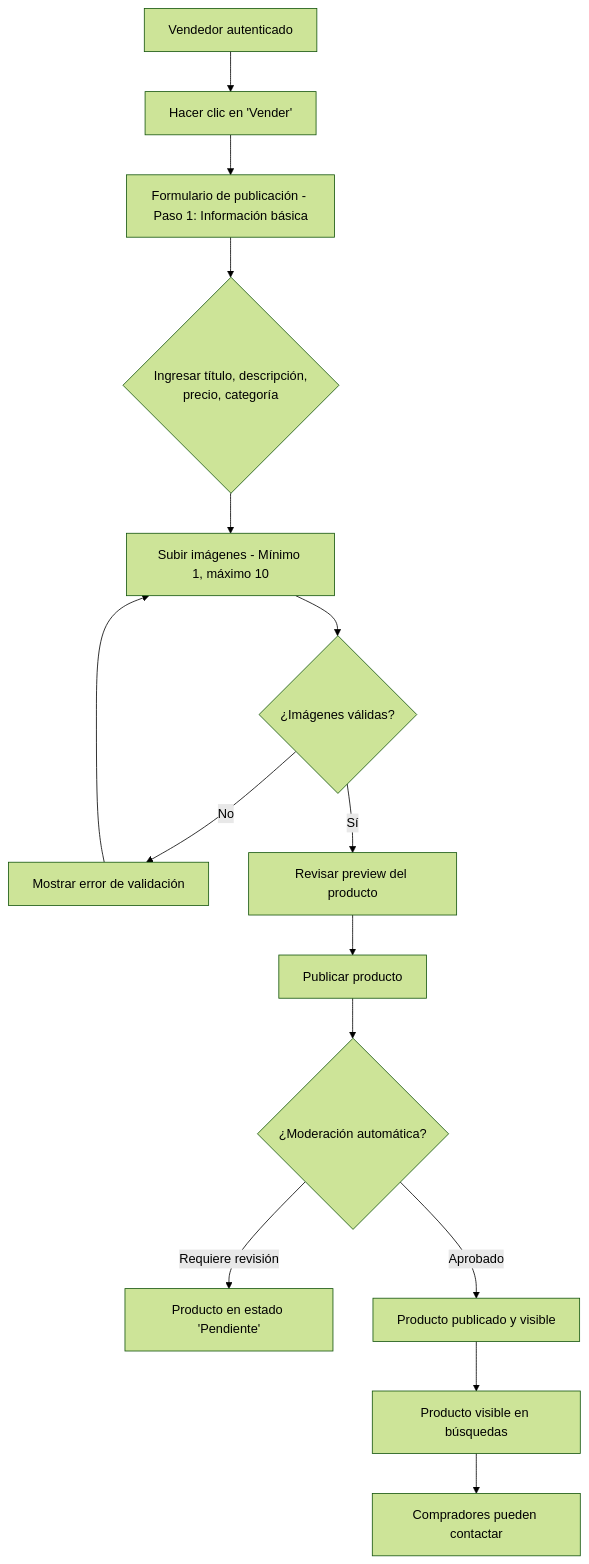
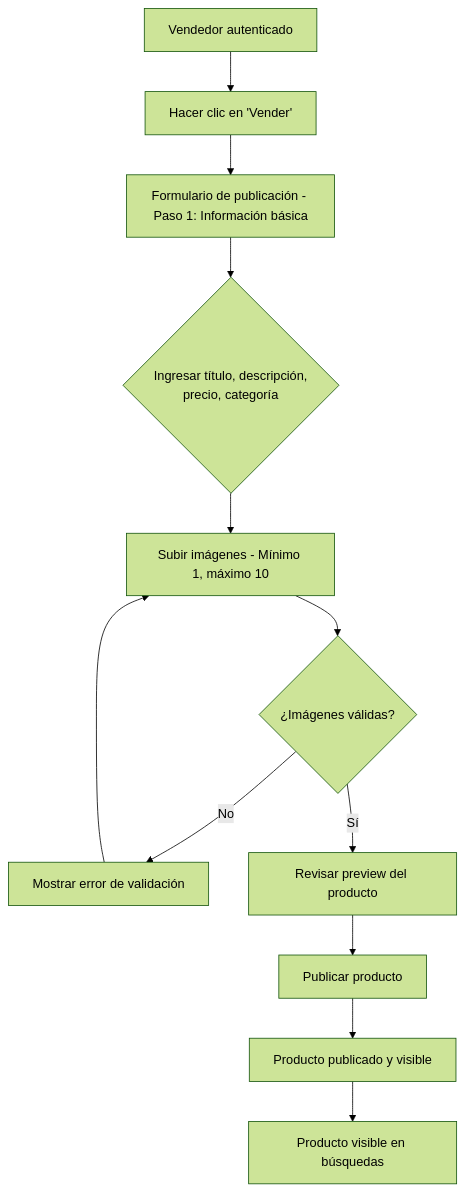
Before and after one commit to Whatfck/UniShop: the second of 3 diagrams in docs/diseno-ui-ux.md, drawn with Mermaid (forest theme). The commit also changed other lines of this file and 2 other files, not shown here.

````diff
--- a/docs/diseno-ui-ux.md
+++ b/docs/diseno-ui-ux.md
@@ -597,24 +597,19 @@
 ```mermaid
 flowchart TD
     A[Vendedor autenticado] --> B[Hacer clic en 'Vender']
     B --> C[Formulario de publicación - Paso 1: Información básica]
 
     C --> D{Ingresar título, descripción,<br/>precio, categoría}
     D --> E[Subir imágenes - Mínimo 1, máximo 10]
 
     E --> F{¿Imágenes válidas?}
     F -->|No| G[Mostrar error de validación]
     F -->|Sí| H[Revisar preview del producto]
 
     H --> I[Publicar producto]
-    I --> J{¿Moderación automática?}
+    I --> J[Producto publicado y visible]
 
-    J -->|Requiere revisión| K[Producto en estado 'Pendiente']
-    J -->|Aprobado| L[Producto publicado y visible]
-
-
-    L --> O[Producto visible en búsquedas]
-    O --> P[Compradores pueden contactar]
+    J --> K[Producto visible en búsquedas]
 
     G --> E
 ```
````
